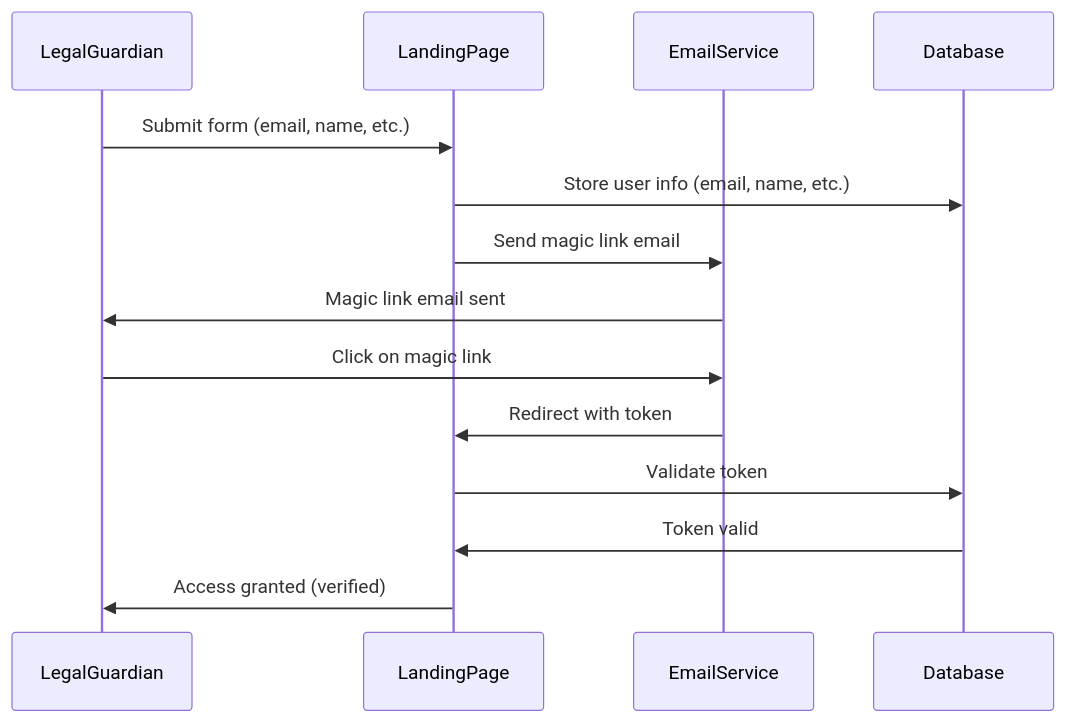
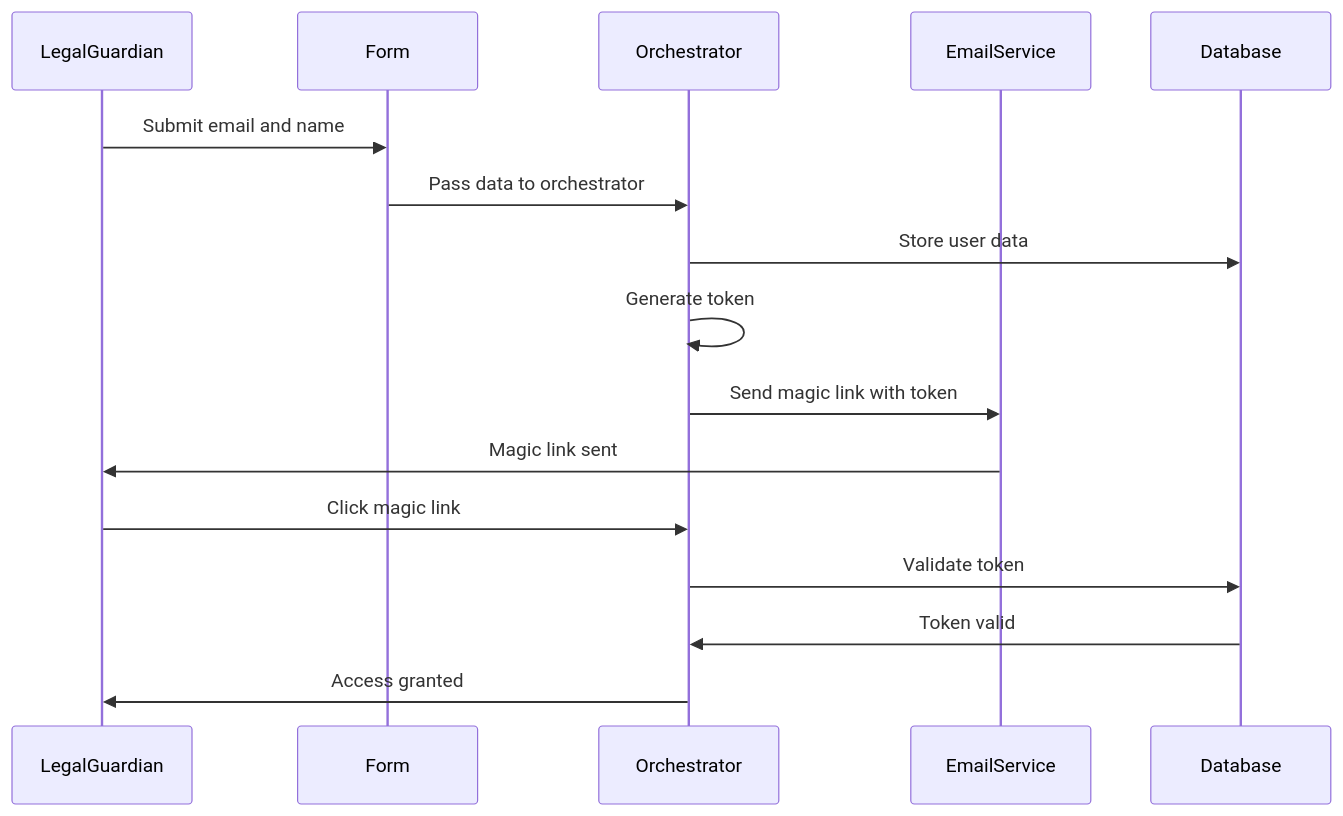
One commit to rett-europe/patient-registry changed the first of 2 diagrams in docs/02a-Onboarding.md. Above: the diagram before and after it, drawn with Mermaid. The commit also changed other lines of this file and 3 other files, not shown here.

Commit message:
Update onboarding flow

````diff
--- a/docs/02a-Onboarding.md
+++ b/docs/02a-Onboarding.md
@@ -18,18 +31,20 @@
 ```mermaid
 sequenceDiagram
     participant LegalGuardian
-    participant LandingPage
+    participant Form
+    participant Orchestrator
     participant EmailService
     participant Database
 
-    LegalGuardian->>LandingPage: Submit form (email, name, etc.)
-    LandingPage->>Database: Store user info (email, name, etc.)
-    LandingPage->>EmailService: Send magic link email
-    EmailService->>LegalGuardian: Magic link email sent
-
-    LegalGuardian->>EmailService: Click on magic link
-    EmailService->>LandingPage: Redirect with token
-    LandingPage->>Database: Validate token
-    Database->>LandingPage: Token valid
-    LandingPage->>LegalGuardian: Access granted (verified)
+    LegalGuardian->>Form: Submit email and name
+    Form->>Orchestrator: Pass data to orchestrator
+    Orchestrator->>Database: Store user data
+    Orchestrator->>Orchestrator: Generate token
+    Orchestrator->>EmailService: Send magic link with token
+    EmailService->>LegalGuardian: Magic link sent
+    
+    LegalGuardian->>Orchestrator: Click magic link
+    Orchestrator->>Database: Validate token
+    Database->>Orchestrator: Token valid
+    Orchestrator->>LegalGuardian: Access granted
 ```
````
